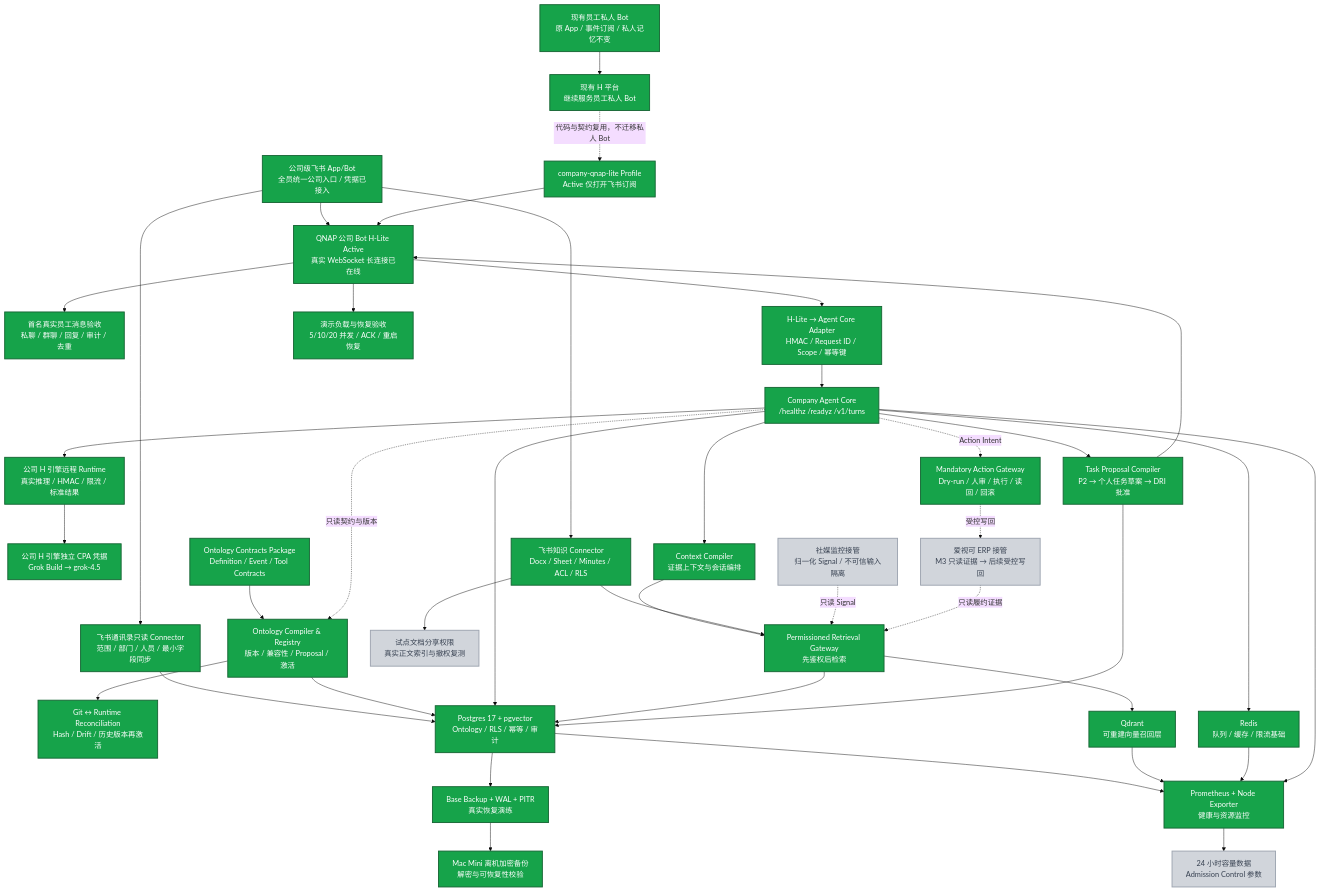
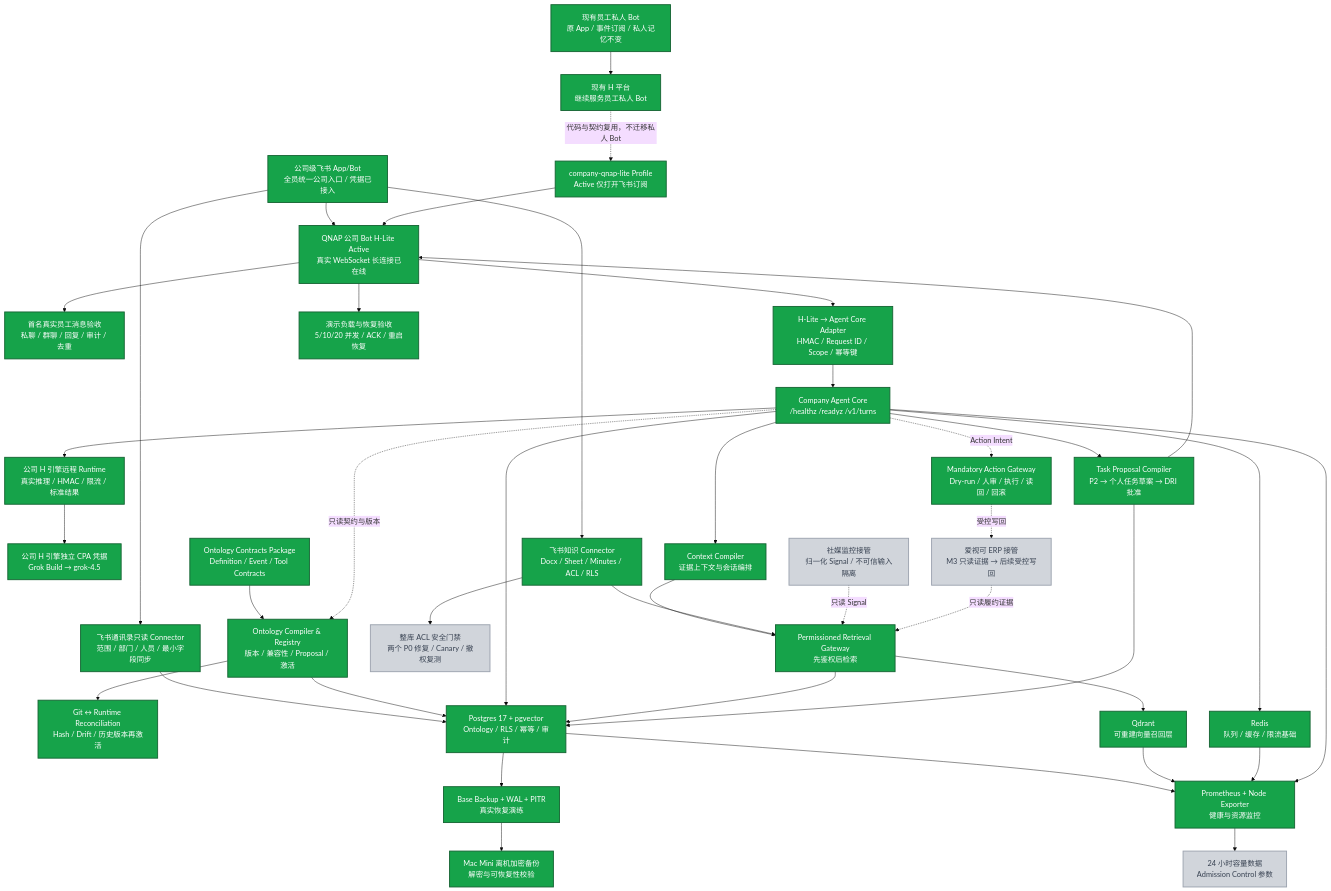
Before and after one commit to Hahaxiong838383/oh-my-ccwork: the diagram in 2-Projects/company-ai-ontology/docs/technical-architecture-progress-2026-08-07.md, drawn with Mermaid (base theme). The commit also changed other lines of this file and 6 other files, not shown here.

Commit message:
docs(ontology): gate Feishu knowledge imports on ACL fixes

````diff
--- a/2-Projects/company-ai-ontology/docs/technical-architecture-progress-2026-08-07.md
+++ b/2-Projects/company-ai-ontology/docs/technical-architecture-progress-2026-08-07.md
@@ -10,74 +10,74 @@
 ```mermaid
 flowchart TB
   PRIVATE["现有员工私人 Bot<br/>原 App / 事件订阅 / 私人记忆不变"]:::done
   H_EXISTING["现有 H 平台<br/>继续服务员工私人 Bot"]:::done
   FEISHU["公司级飞书 App/Bot<br/>全员统一公司入口 / 凭据已接入"]:::done
   H_PROFILE["company-qnap-lite Profile<br/>Active 仅打开飞书订阅"]:::done
   H_PROCESS["QNAP 公司 Bot H-Lite Active<br/>真实 WebSocket 长连接已在线"]:::done
   REAL_E2E["首名真实员工消息验收<br/>私聊 / 群聊 / 回复 / 审计 / 去重"]:::done
   DIRECTORY["飞书通讯录只读 Connector<br/>范围 / 部门 / 人员 / 最小字段同步"]:::done
   ADAPTER["H-Lite → Agent Core Adapter<br/>HMAC / Request ID / Scope / 幂等键"]:::done
 
   CORE["Company Agent Core<br/>/healthz /readyz /v1/turns"]:::done
   H_ENGINE["公司 H 引擎远程 Runtime<br/>真实推理 / HMAC / 限流 / 标准结果"]:::done
   H_CREDENTIAL["公司 H 引擎独立 CPA 凭据<br/>Grok Build → grok-4.5"]:::done
   CONTEXT["Context Compiler<br/>证据上下文与会话编排"]:::done
   RETRIEVAL["Permissioned Retrieval Gateway<br/>先鉴权后检索"]:::done
   KNOWLEDGE["飞书知识 Connector<br/>Docx / Sheet / Minutes / ACL / RLS"]:::done
-  KNOWLEDGE_ACCESS["试点文档分享权限<br/>真实正文索引与撤权复测"]:::todo
+  KNOWLEDGE_ACCESS["整库 ACL 安全门禁<br/>两个 P0 修复 / Canary / 撤权复测"]:::todo
   TASK["Task Proposal Compiler<br/>P2 → 个人任务草案 → DRI 批准"]:::done
   CONTRACTS["Ontology Contracts Package<br/>Definition / Event / Tool Contracts"]:::done
   REGISTRY["Ontology Compiler & Registry<br/>版本 / 兼容性 / Proposal / 激活"]:::done
   RECONCILE["Git ↔ Runtime Reconciliation<br/>Hash / Drift / 历史版本再激活"]:::done
 
   PG["Postgres 17 + pgvector<br/>Ontology / RLS / 幂等 / 审计"]:::done
   QDRANT["Qdrant<br/>可重建向量召回层"]:::done
   REDIS["Redis<br/>队列 / 缓存 / 限流基础"]:::done
   OBS["Prometheus + Node Exporter<br/>健康与资源监控"]:::done
   BACKUP["Base Backup + WAL + PITR<br/>真实恢复演练"]:::done
 
   ACTION["Mandatory Action Gateway<br/>Dry-run / 人审 / 执行 / 读回 / 回滚"]:::done
   ERP["爱视可 ERP 接管<br/>M3 只读证据 → 后续受控写回"]:::todo
   SOCIAL["社媒监控接管<br/>归一化 Signal / 不可信输入隔离"]:::todo
   CANARY["演示负载与恢复验收<br/>5/10/20 并发 / ACK / 重启恢复"]:::done
   OFFSITE["Mac Mini 离机加密备份<br/>解密与可恢复性校验"]:::done
   CAPACITY["24 小时容量数据<br/>Admission Control 参数"]:::todo
 
   PRIVATE --> H_EXISTING
   H_EXISTING -. "代码与契约复用，不迁移私人 Bot" .-> H_PROFILE
   FEISHU --> H_PROCESS
   FEISHU --> DIRECTORY --> PG
   H_PROCESS --> REAL_E2E
   H_PROFILE --> H_PROCESS
   H_PROCESS --> ADAPTER --> CORE
   CORE --> H_ENGINE
   H_ENGINE --> H_CREDENTIAL
   CORE --> CONTEXT --> RETRIEVAL
   FEISHU --> KNOWLEDGE --> RETRIEVAL
   KNOWLEDGE --> KNOWLEDGE_ACCESS
   CORE --> TASK
   CONTRACTS --> REGISTRY --> RECONCILE
   REGISTRY --> PG
   CORE -. "只读契约与版本" .-> REGISTRY
   CORE --> PG
   RETRIEVAL --> PG
   RETRIEVAL --> QDRANT
   CORE --> REDIS
   TASK --> PG
   TASK --> H_PROCESS
   CORE -. "Action Intent" .-> ACTION
   ACTION -. "受控写回" .-> ERP
   SOCIAL -. "只读 Signal" .-> RETRIEVAL
   ERP -. "只读履约证据" .-> RETRIEVAL
   PG --> BACKUP
   PG --> OBS
   QDRANT --> OBS
   REDIS --> OBS
   CORE --> OBS
   H_PROCESS --> CANARY
   BACKUP --> OFFSITE
   OBS --> CAPACITY
 
   classDef done fill:#16a34a,color:#ffffff,stroke:#166534,stroke-width:2px;
   classDef todo fill:#d1d5db,color:#374151,stroke:#9ca3af,stroke-width:2px;
 ```
````
